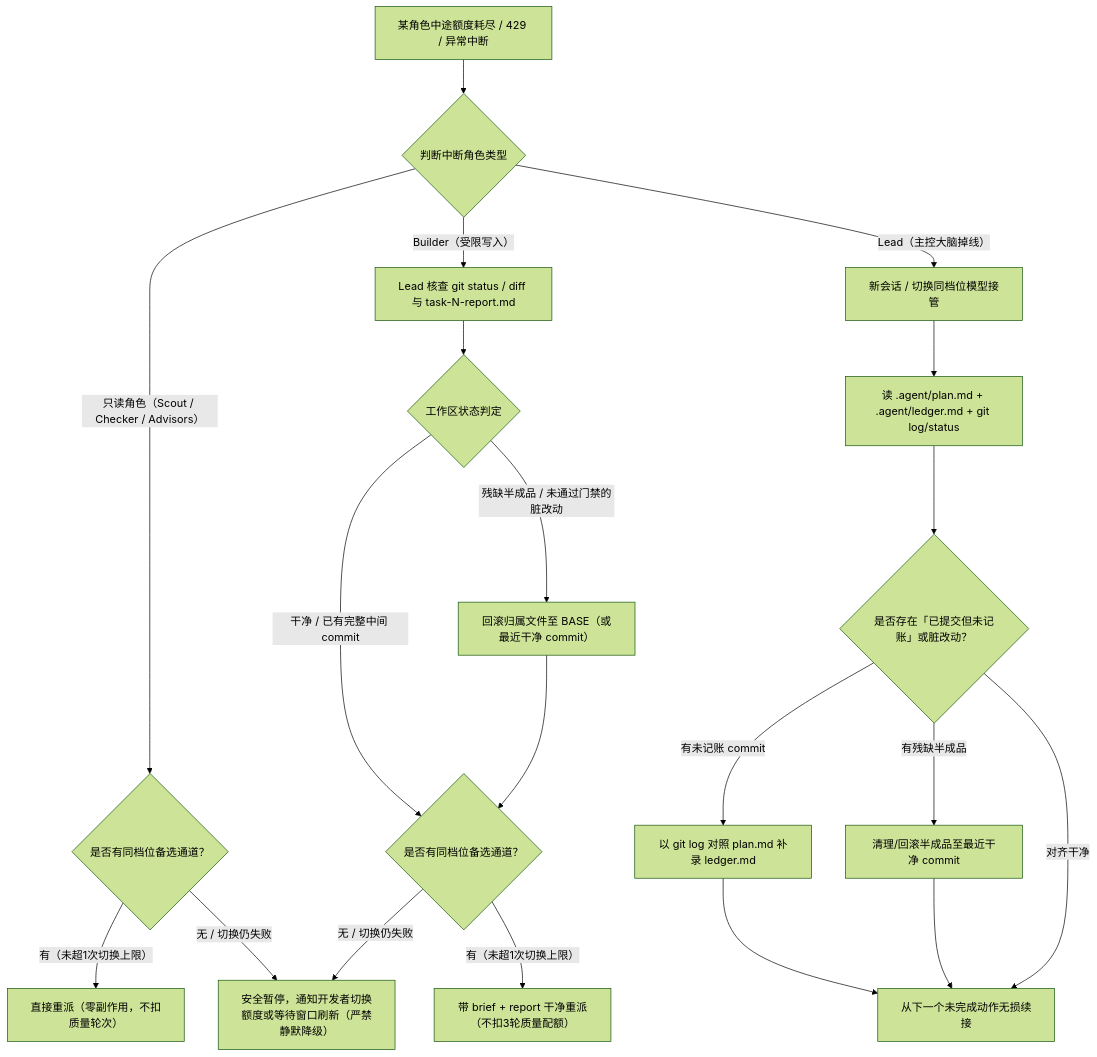
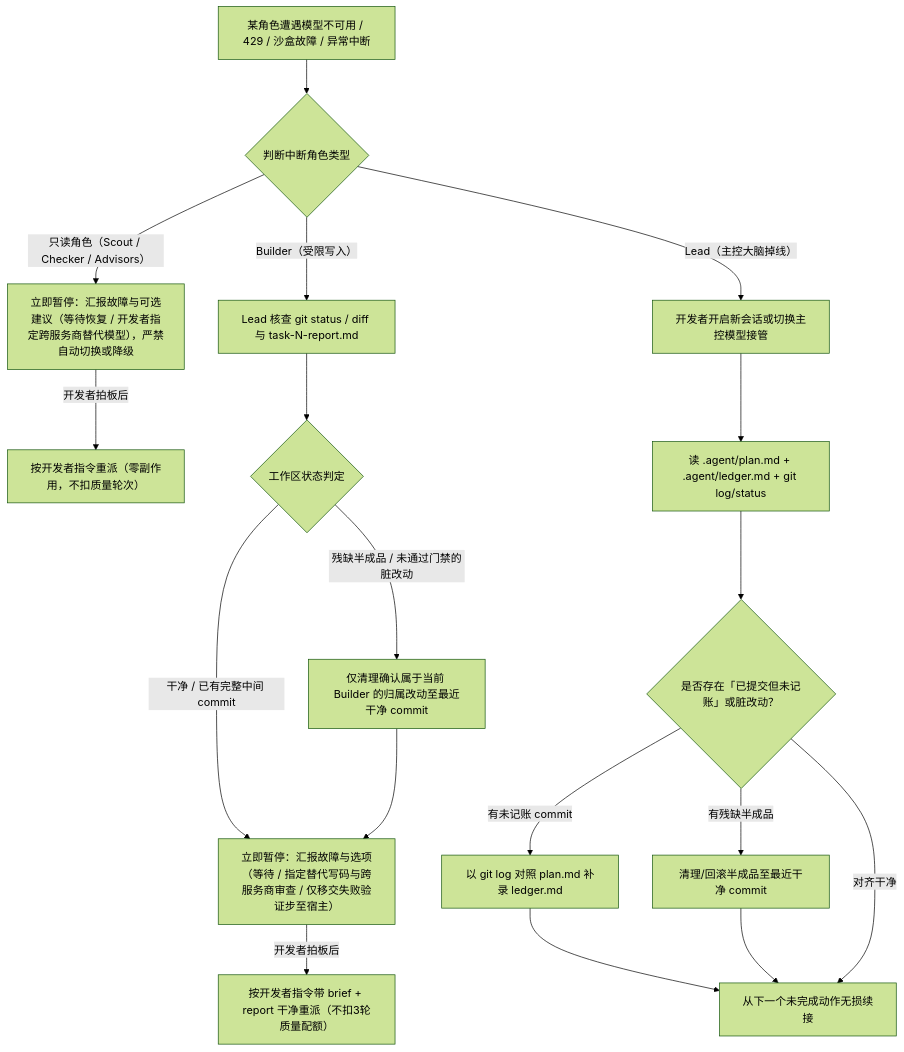
The diagram in docs/zh-CN/fault-recovery.md (Ho-hum/hohum-agents), drawn with Mermaid (forest theme) before and after one commit. The commit also changed other lines of this file and 13 other files, not shown here.

````diff
--- a/docs/zh-CN/fault-recovery.md
+++ b/docs/zh-CN/fault-recovery.md
@@ -40,19 +40,17 @@
 ```mermaid
 flowchart TD
-    E["某角色中途额度耗尽 / 429 / 异常中断"] --> T{"判断中断角色类型"}
-    T -->|"只读角色（Scout / Checker / Advisors）"| RO{"是否有同档位备选通道？"}
-    RO -->|"有（未超1次切换上限）"| RE1["直接重派（零副作用，不扣质量轮次）"]
-    RO -->|"无 / 切换仍失败"| PAUSE["安全暂停，通知开发者切换额度或等待窗口刷新（严禁静默降级）"]
+    E["某角色遭遇模型不可用 / 429 / 沙盒故障 / 异常中断"] --> T{"判断中断角色类型"}
+    T -->|"只读角色（Scout / Checker / Advisors）"| PAUSE1["立即暂停：汇报故障与可选建议（等待恢复 / 开发者指定跨服务商替代模型），严禁自动切换或降级"]
+    PAUSE1 -->|"开发者拍板后"| RE1["按开发者指令重派（零副作用，不扣质量轮次）"]
     T -->|"Builder（受限写入）"| CHK["Lead 核查 git status / diff 与 task-N-report.md"]
     CHK --> D{"工作区状态判定"}
-    D -->|"干净 / 已有完整中间 commit"| B1{"是否有同档位备选通道？"}
-    D -->|"残缺半成品 / 未通过门禁的脏改动"| RST["回滚归属文件至 BASE（或最近干净 commit）"] --> B1
-    B1 -->|"有（未超1次切换上限）"| RE2["带 brief + report 干净重派（不扣3轮质量配额）"]
-    B1 -->|"无 / 切换仍失败"| PAUSE
-    T -->|"Lead（主控大脑掉线）"| L1["新会话 / 切换同档位模型接管"]
+    D -->|"干净 / 已有完整中间 commit"| PAUSE2["立即暂停：汇报故障与选项（等待 / 指定替代写码与跨服务商审查 / 仅移交失败验证步至宿主）"]
+    D -->|"残缺半成品 / 未通过门禁的脏改动"| RST["仅清理确认属于当前 Builder 的归属改动至最近干净 commit"] --> PAUSE2
+    PAUSE2 -->|"开发者拍板后"| RE2["按开发者指令带 brief + report 干净重派（不扣3轮质量配额）"]
+    T -->|"Lead（主控大脑掉线）"| L1["开发者开启新会话或切换主控模型接管"]
     L1 --> L2["读 .agent/plan.md + .agent/ledger.md + git log/status"]
     L2 --> L3{"是否存在「已提交但未记账」或脏改动？"}
     L3 -->|"有未记账 commit"| SYNC["以 git log 对照 plan.md 补录 ledger.md"] --> CONT["从下一个未完成动作无损续接"]
     L3 -->|"有残缺半成品"| RST2["清理/回滚半成品至最近干净 commit"] --> CONT
     L3 -->|"对齐干净"| CONT
 ```
````
